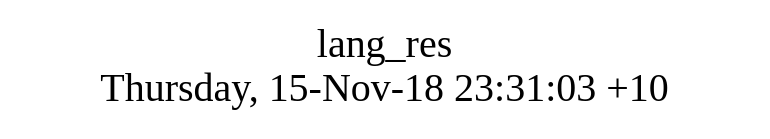
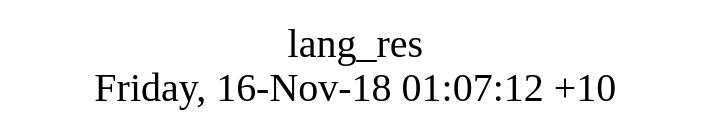
Before and after one commit to AplaProject/apps: the diagram in src/lang_res/struct.dot, drawn with Graphviz. The commit also changed 29 other files, not shown here.

```diff
--- a/src/lang_res/struct.dot
+++ b/src/lang_res/struct.dot
@@ -1,8 +1,8 @@
 digraph G {
 fontsize="24";
-label="lang_res\nThursday, 15-Nov-18 23:31:03 +10";
+label="lang_res\nFriday, 16-Nov-18 01:07:12 +10";
 nojustify=true;
 ordering=out;
 rankdir=LR;
 size="30";
 }
```
